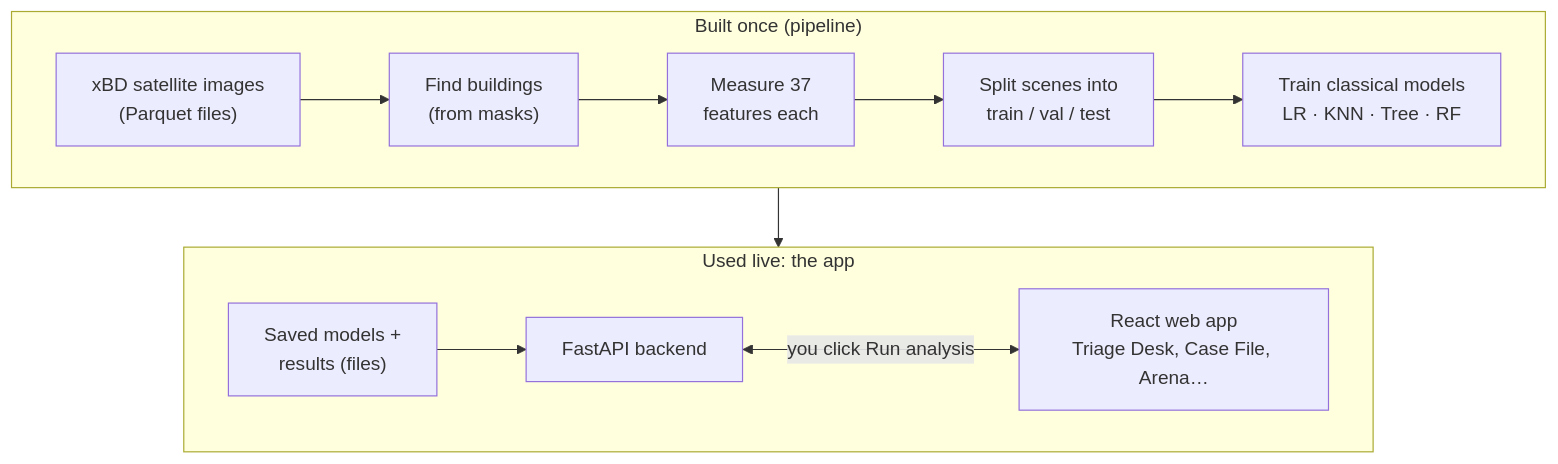
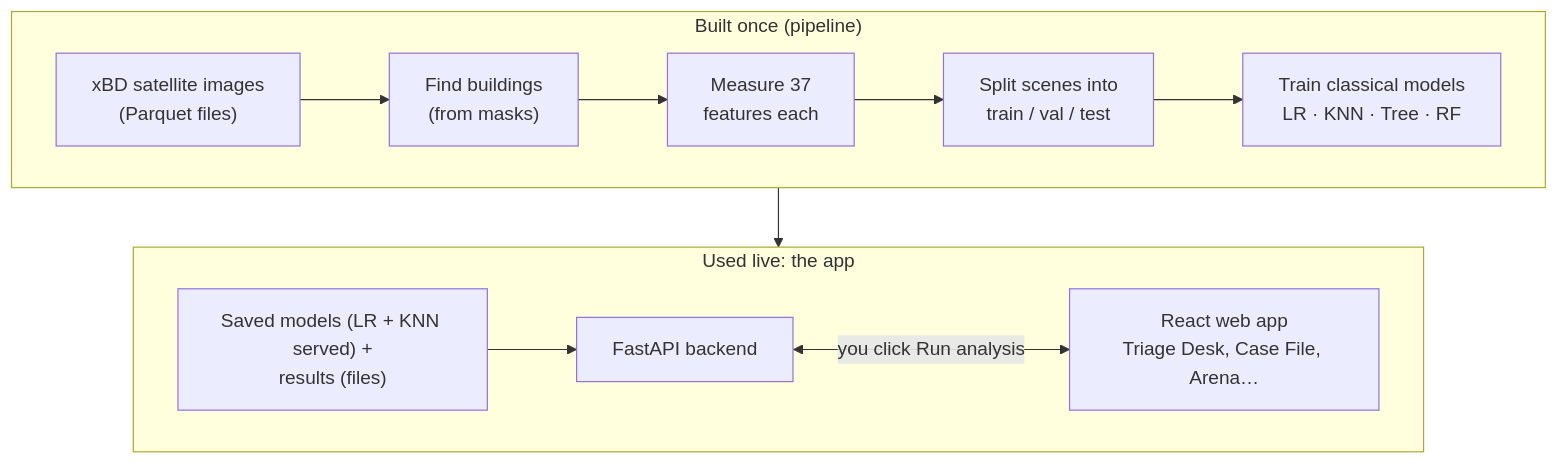
Before and after one commit to divishapanjwani/AfterSight-Simplified: the first of 4 diagrams in docs/UNDERSTANDING_AFTERSIGHT.md, drawn with Mermaid. The commit also changed other lines of this file and 9 other files, not shown here.

````diff
--- a/docs/UNDERSTANDING_AFTERSIGHT.md
+++ b/docs/UNDERSTANDING_AFTERSIGHT.md
@@ -54,16 +54,16 @@
 ```mermaid
 flowchart TB
     subgraph build ["Built once (pipeline)"]
         direction LR
         A["xBD satellite images<br/>(Parquet files)"] --> B["Find buildings<br/>(from masks)"]
         B --> C["Measure 37<br/>features each"]
         C --> D["Split scenes into<br/>train / val / test"]
         D --> E["Train classical models<br/>LR · KNN · Tree · RF"]
     end
     subgraph live ["Used live: the app"]
         direction LR
-        F["Saved models +<br/>results (files)"] --> G["FastAPI backend"]
+        F["Saved models (LR + KNN served) +<br/>results (files)"] --> G["FastAPI backend"]
         G <-->|"you click Run analysis"| H["React web app<br/>Triage Desk, Case File, Arena…"]
     end
     build --> live
 ```
````
